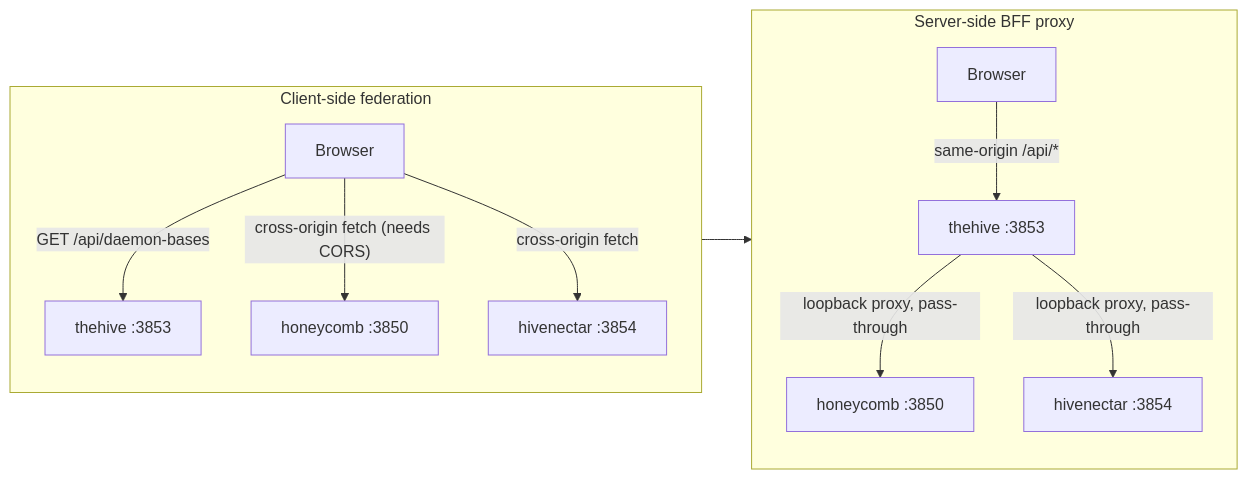
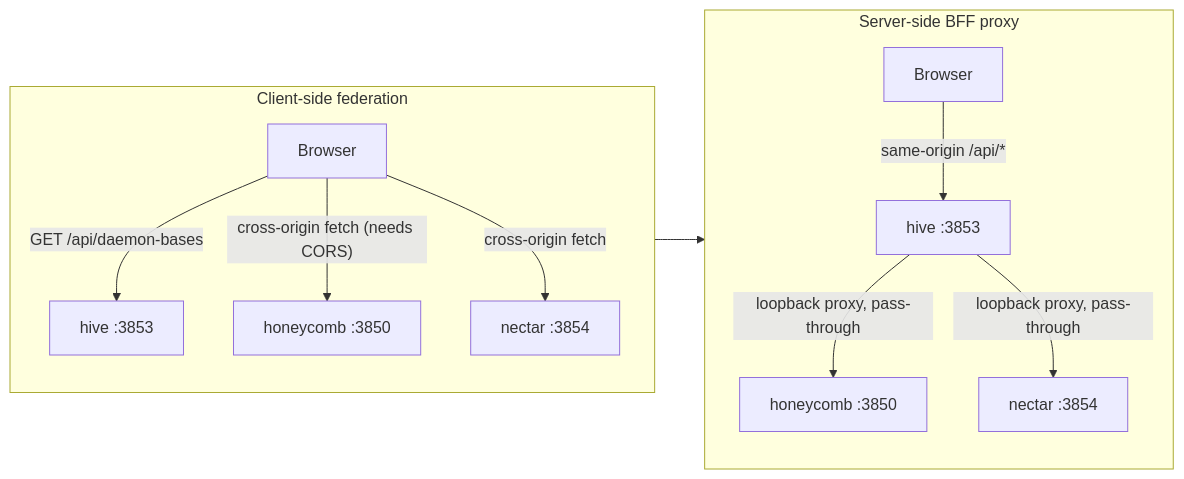
Before and after one commit to legioncodeinc/hive: the diagram in library/knowledge/private/architecture/ADR-0002-server-side-bff-proxy-for-dashboard-federation.md, drawn with Mermaid. The commit also changed other lines of this file and 107 other files, not shown here.

First line of the commit message:
feat!: global product rename per decision #35 (thehive -> hive, source graph -> hive graph)

````diff
--- a/library/knowledge/private/architecture/ADR-0002-server-side-bff-proxy-for-dashboard-federation.md
+++ b/library/knowledge/private/architecture/ADR-0002-server-side-bff-proxy-for-dashboard-federation.md
@@ -31,14 +31,14 @@
 ```mermaid
 flowchart LR
     subgraph before [Client-side federation]
-        b1[Browser] -->|"GET /api/daemon-bases"| h1[thehive :3853]
+        b1[Browser] -->|"GET /api/daemon-bases"| h1[hive :3853]
         b1 -->|"cross-origin fetch (needs CORS)"| hc1[honeycomb :3850]
-        b1 -->|"cross-origin fetch"| hn1[hivenectar :3854]
+        b1 -->|"cross-origin fetch"| hn1[nectar :3854]
     end
     subgraph after [Server-side BFF proxy]
-        b2[Browser] -->|"same-origin /api/*"| h2[thehive :3853]
+        b2[Browser] -->|"same-origin /api/*"| h2[hive :3853]
         h2 -->|"loopback proxy, pass-through"| hc2[honeycomb :3850]
-        h2 -->|"loopback proxy, pass-through"| hn2[hivenectar :3854]
+        h2 -->|"loopback proxy, pass-through"| hn2[nectar :3854]
     end
     before --> after
 ```
````
